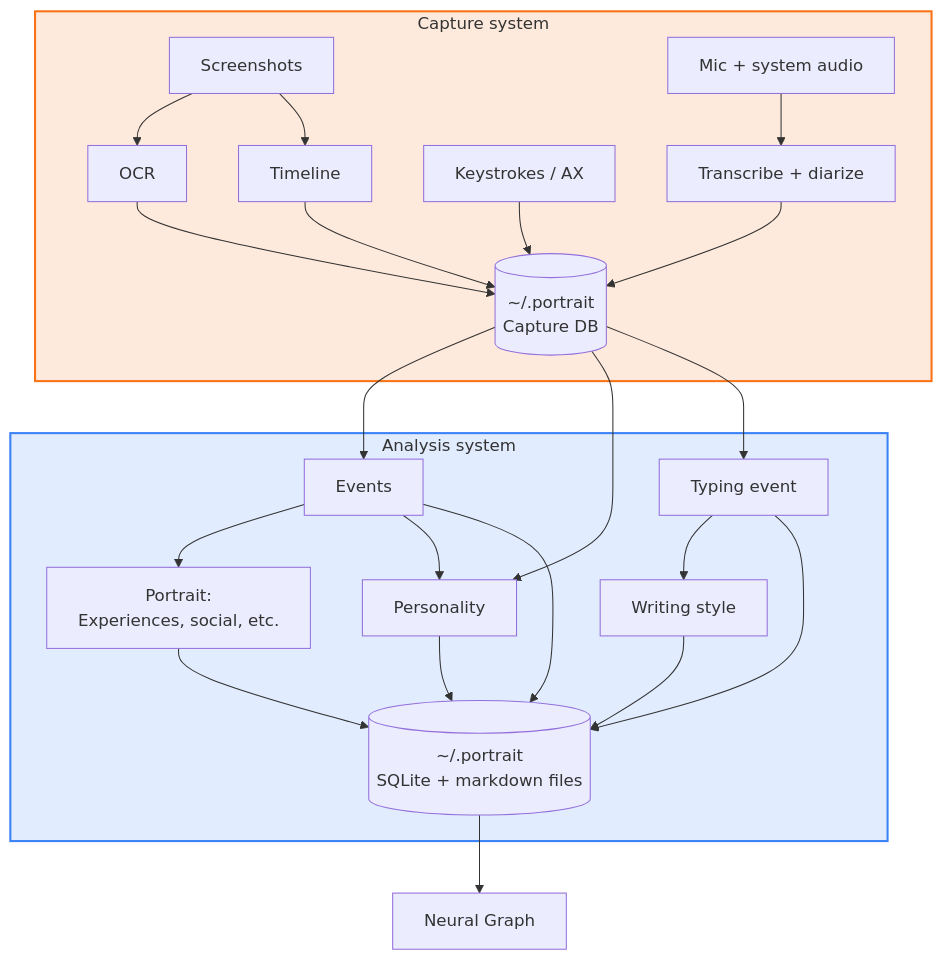
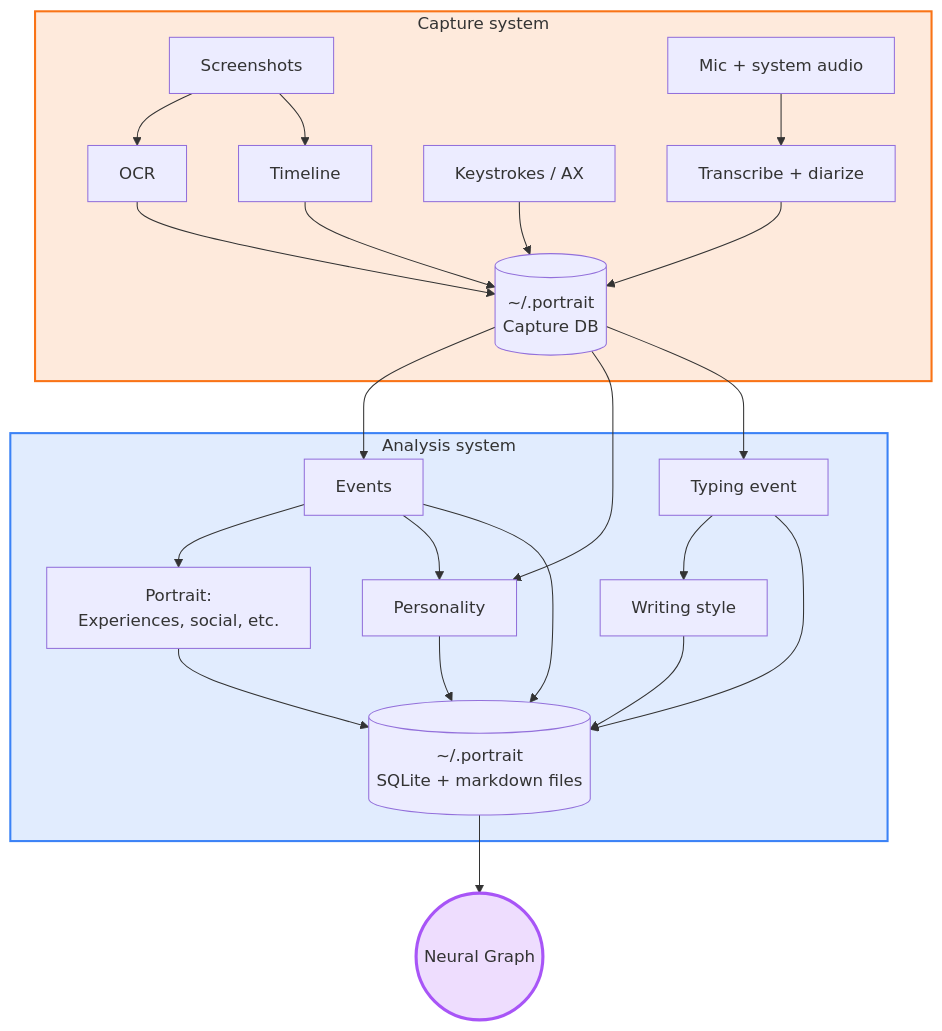
The diagram in README.md (joyzhang14-14/My-Portrait), drawn with Mermaid before and after one commit.

Commit message:
docs(readme): Neural Graph 改紫色圆形节点

````diff
--- a/README.md
+++ b/README.md
@@ -19,35 +19,36 @@
 ```mermaid
 flowchart TB
   subgraph CAP["Capture system"]
     A1["Screenshots"] --> B1["OCR"]
     A2["Mic + system audio"] --> B2["Transcribe + diarize"]
     A3["Keystrokes / AX"]
     A1 --> TL["Timeline"]
 
     TL --> MT[("~/.portrait<br/>Capture DB")]
     B1 --> MT
     B2 --> MT
     A3 --> MT
   end
 
   subgraph ANA["Analysis system"]
     E["Events"] --> P["Portrait:<br/>Experiences, social, etc."]
     E --> PS["Personality"]
     TE["Typing event"] --> WS["Writing style"]
 
     E --> DB[("~/.portrait<br/>SQLite + markdown files")]
     TE --> DB
     P --> DB
     PS --> DB
     WS --> DB
   end
 
   MT --> E
   MT --> PS
   MT --> TE
 
-  DB --> G["Neural Graph"]
+  DB --> G(("Neural Graph"))
 
   style CAP fill:#f9731626,stroke:#f97316,stroke-width:2px
   style ANA fill:#3b82f626,stroke:#3b82f6,stroke-width:2px
+  style G fill:#a855f733,stroke:#a855f7,stroke-width:3px
 ```
````
